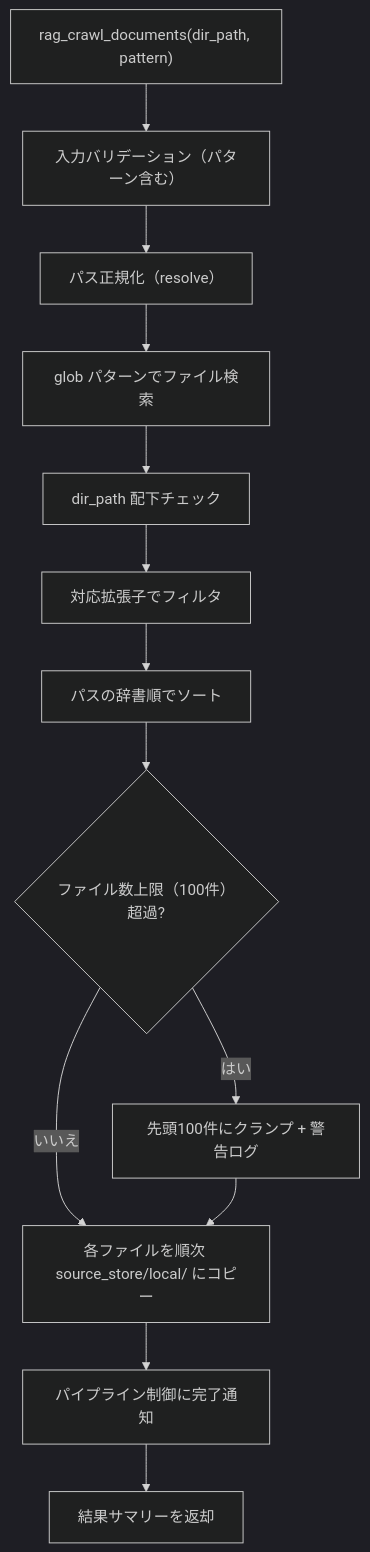
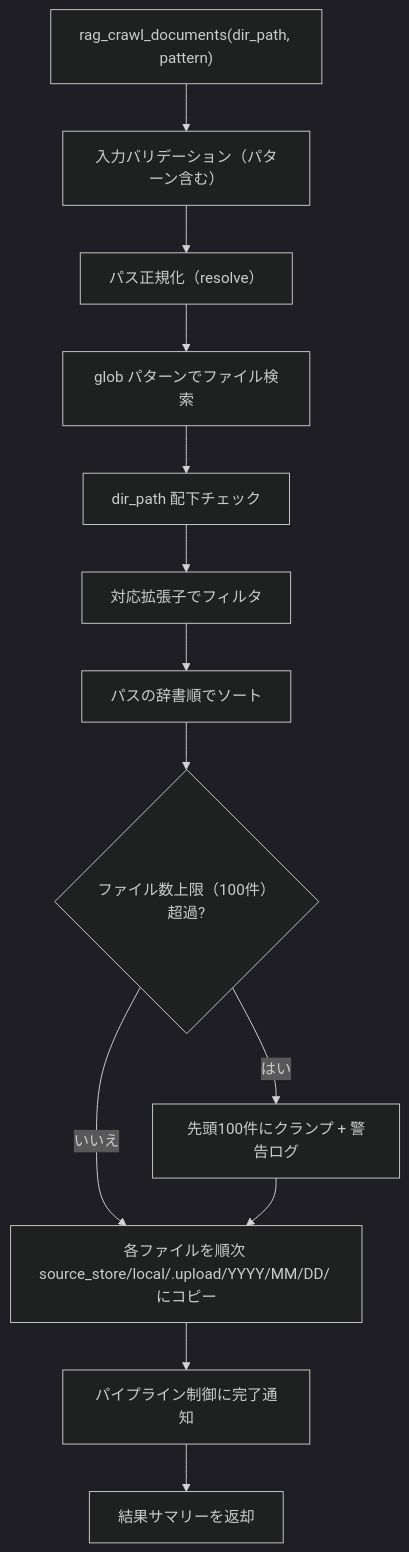
Before and after one commit to becky3/rag-knowledge: the third of 3 diagrams in docs/specs/ingesters/local.md, drawn with Mermaid (dark theme). The commit also changed other lines of this file, not shown here.

Commit message:
docs(local): crawl_documents の配置パス仕様を実装に合わせて修正 (#393)

````diff
--- a/docs/specs/ingesters/local.md
+++ b/docs/specs/ingesters/local.md
@@ -226,28 +228,28 @@
 ```mermaid
 flowchart TD
     START["rag_crawl_documents(dir_path, pattern)"]
     VALIDATE["入力バリデーション（パターン含む）"]
     RESOLVE["パス正規化（resolve）"]
     GLOB["glob パターンでファイル検索"]
     CONTAIN["dir_path 配下チェック"]
     FILTER["対応拡張子でフィルタ"]
     SORT["パスの辞書順でソート"]
     CHECK_LIMIT{"ファイル数上限（100件）超過?"}
     CLAMP["先頭100件にクランプ + 警告ログ"]
-    LOOP["各ファイルを順次 source_store/local/ にコピー"]
+    LOOP["各ファイルを順次 source_store/local/.upload/YYYY/MM/DD/ にコピー"]
     NOTIFY["パイプライン制御に完了通知"]
     RESULT["結果サマリーを返却"]
 
     START --> VALIDATE
     VALIDATE --> RESOLVE
     RESOLVE --> GLOB
     GLOB --> CONTAIN
     CONTAIN --> FILTER
     FILTER --> SORT
     SORT --> CHECK_LIMIT
     CHECK_LIMIT -->|はい| CLAMP
     CHECK_LIMIT -->|いいえ| LOOP
     CLAMP --> LOOP
     LOOP --> NOTIFY
     NOTIFY --> RESULT
 ```
````
